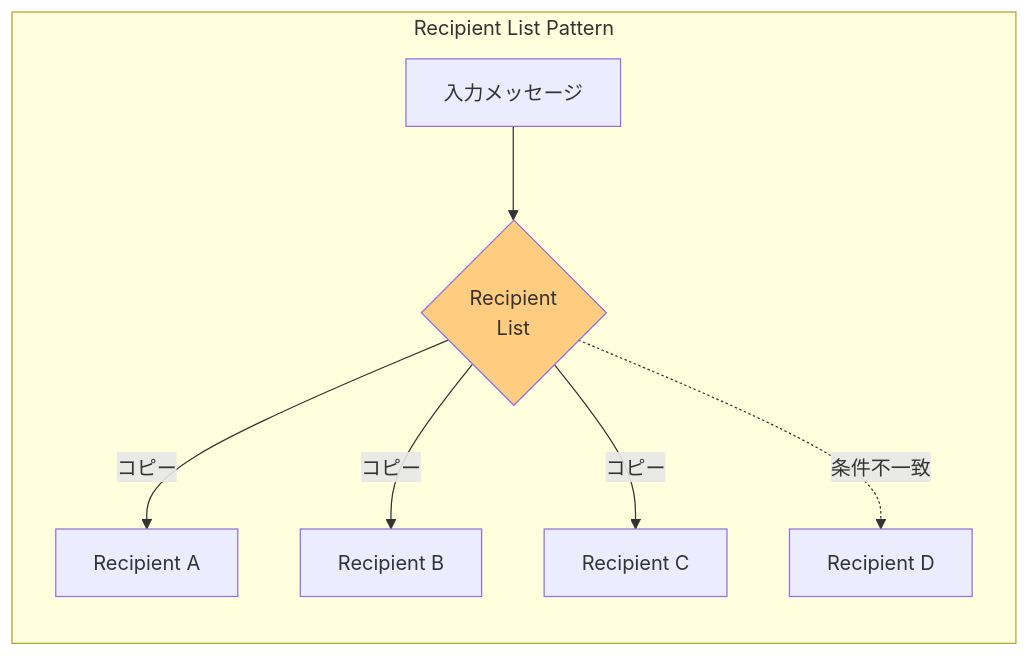
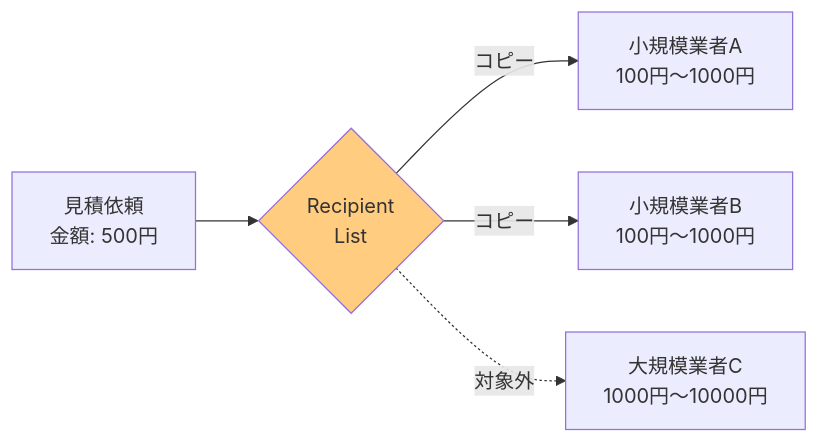
One commit to tomoikey/quartz changed the third of 4 diagrams in content/programming/reactive_messaging_pattern/simple-routers/recipient_list.md. Above: the diagram before and after it, drawn with Mermaid. The commit also changed other lines of this file and 18 other files, not shown here.

````diff
--- a/content/programming/reactive_messaging_pattern/simple-routers/recipient_list.md
+++ b/content/programming/reactive_messaging_pattern/simple-routers/recipient_list.md
@@ -35,12 +74,9 @@
 ```mermaid
 graph LR
-    subgraph "Recipient List Pattern"
-        IN[入力メッセージ] --> RL{Recipient<br/>List}
-        RL -->|コピー| R1[Recipient A]
-        RL -->|コピー| R2[Recipient B]
-        RL -->|コピー| R3[Recipient C]
-        RL -.->|条件不一致| R4[Recipient D]
-    end
+    IN[見積依頼<br/>金額: 500円] --> RL{Recipient<br/>List}
+    RL -->|コピー| R1[小規模業者A<br/>100円〜1000円]
+    RL -->|コピー| R2[小規模業者B<br/>100円〜1000円]
+    RL -.->|対象外| R3[大規模業者C<br/>1000円〜10000円]
 
     style RL fill:#ffcc80
 ```
````
